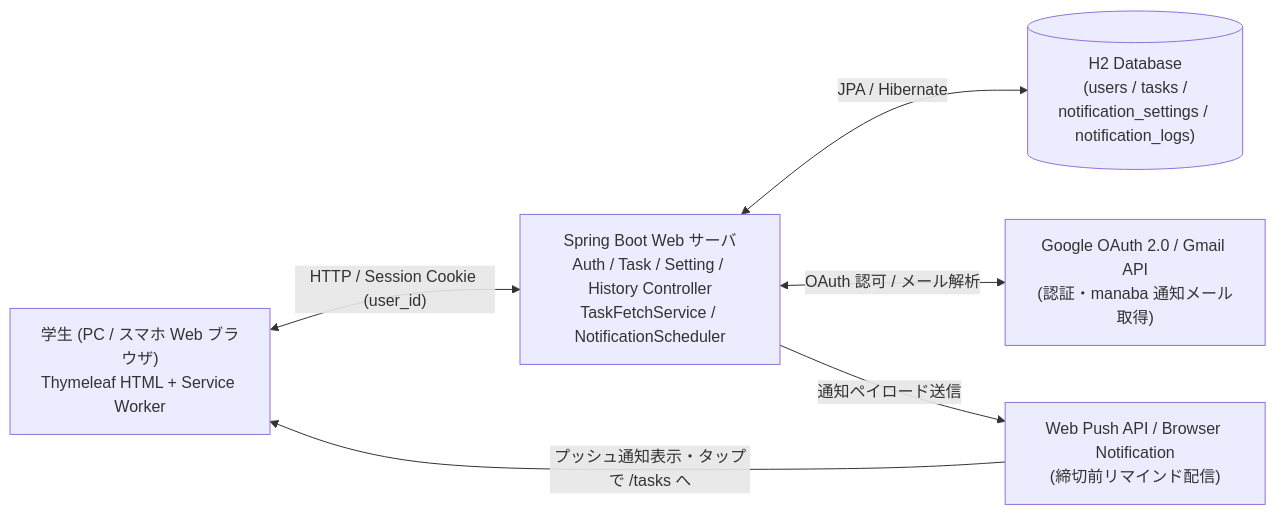
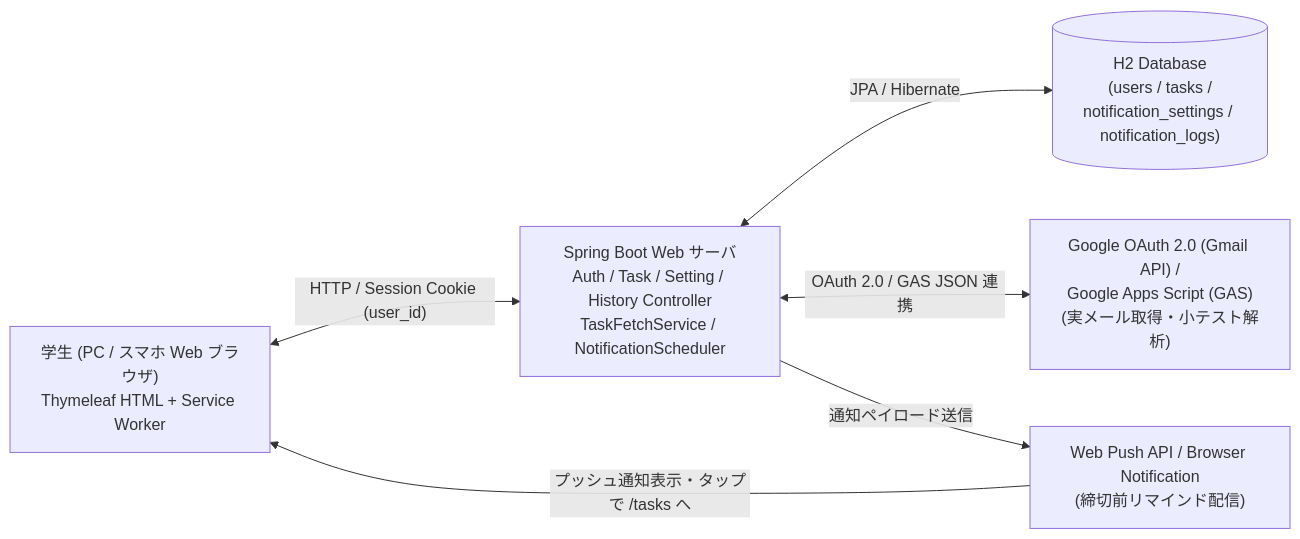
The first of 3 diagrams in README.md (ponzunop/manaba-task-notifier), drawn with Mermaid before and after one commit. The commit also changed other lines of this file, not shown here.

Commit message:
docs: update README for OAuth 2.0 and GAS integration

````diff
--- a/README.md
+++ b/README.md
@@ -34,14 +34,14 @@
 ```mermaid
 flowchart LR
     Browser["学生 (PC / スマホ Web ブラウザ)<br/>Thymeleaf HTML + Service Worker"]
     App["Spring Boot Web サーバ<br/>Auth / Task / Setting / History Controller<br/>TaskFetchService / NotificationScheduler"]
     DB[("H2 Database<br/>(users / tasks /<br/>notification_settings / notification_logs)")]
-    Google["Google OAuth 2.0 / Gmail API<br/>(認証・manaba 通知メール取得)"]
+    Google["Google OAuth 2.0 (Gmail API) /<br/>Google Apps Script (GAS)<br/>(実メール取得・小テスト解析)"]
     Push["Web Push API / Browser Notification<br/>(締切前リマインド配信)"]
 
     Browser <-->|"HTTP / Session Cookie (user_id)"| App
     App <-->|"JPA / Hibernate"| DB
-    App <-->|"OAuth 認可 / メール解析"| Google
+    App <-->|"OAuth 2.0 / GAS JSON 連携"| Google
     App -->|"通知ペイロード送信"| Push
     Push -->|"プッシュ通知表示・タップで /tasks へ"| Browser
 ```
````
